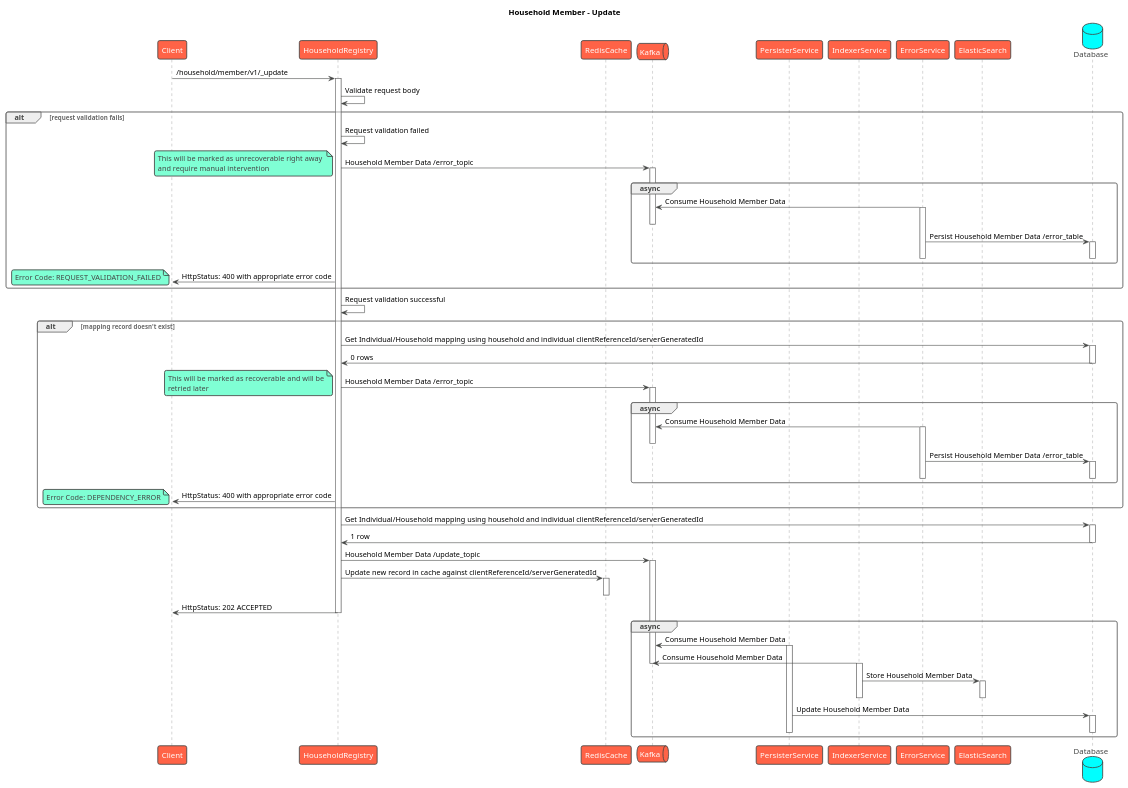
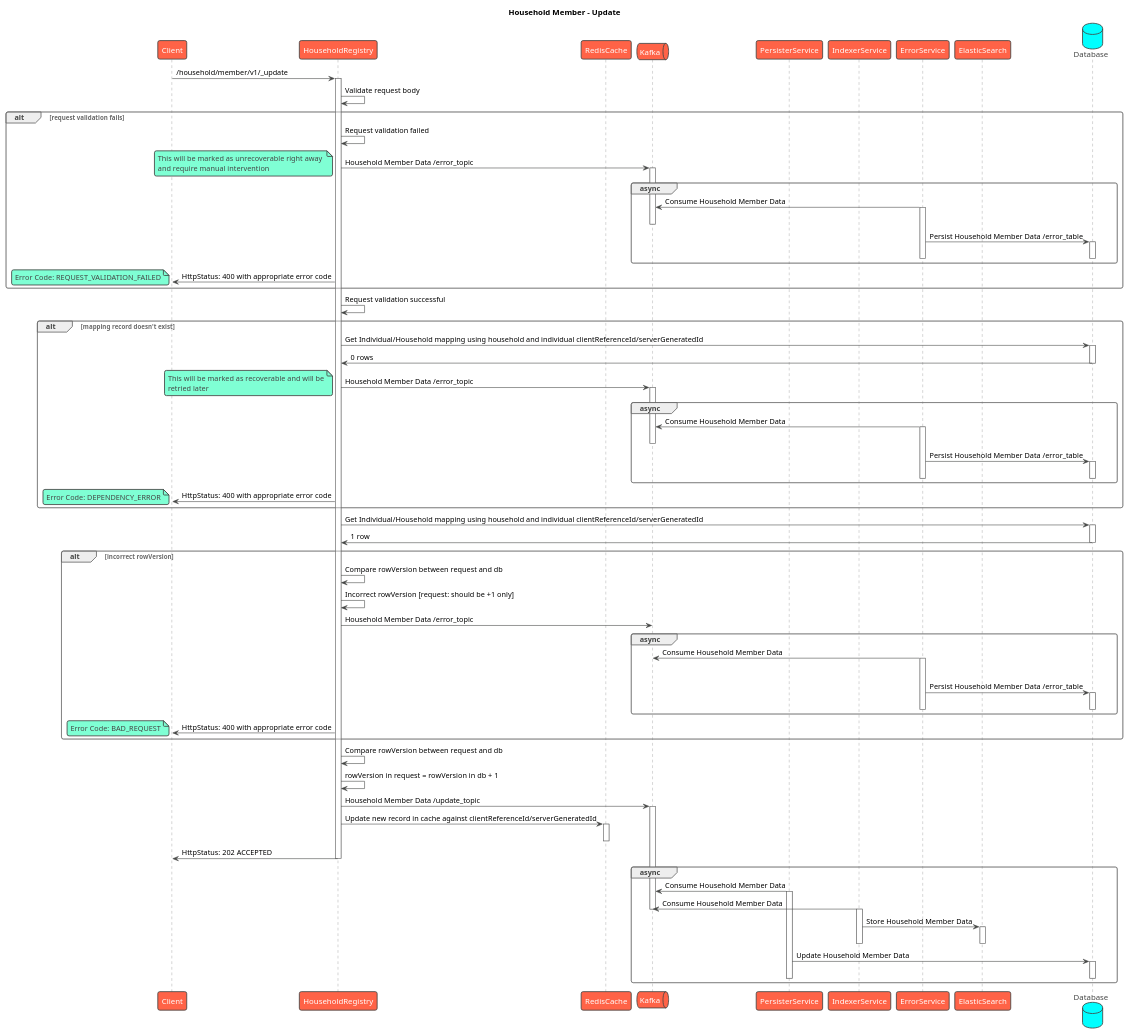
One commit to egovernments/health-api-specs changed the diagram in contracts/registries/household/member/sequence/update.puml. Above: the diagram before and after it, drawn with PlantUML. The commit also changed 9 other files, not shown here.

Commit message:
Sequence: Updated update flows with rowVersion logic

```diff
--- a/contracts/registries/household/member/sequence/update.puml
+++ b/contracts/registries/household/member/sequence/update.puml
@@ -1,90 +1,110 @@
 @startuml
 title Household Member - Update
 !theme vibrant
 participant Client as c
 participant HouseholdRegistry as s
 participant RedisCache as rc
 queue Kafka as k
 participant PersisterService as prs
 participant IndexerService as idx
 participant ErrorService as es
 participant ElasticSearch as el
 database Database as db
 c -> s : /household/member/v1/_update
 activate s
 s -> s: Validate request body
 alt request validation fails
     s -> s: Request validation failed
     s -> k: Household Member Data /error_topic
     note left
         This will be marked as unrecoverable right away 
         and require manual intervention
     end note
     activate k
     group async
         es -> k: Consume Household Member Data
         activate es
         deactivate k
         es -> db: Persist Household Member Data /error_table
         activate db
         deactivate db
         deactivate es
     end
     s -> c: HttpStatus: 400 with appropriate error code
     note left
         Error Code: REQUEST_VALIDATION_FAILED
     end note
 end
 s -> s: Request validation successful
 alt mapping record doesn't exist
   s -> db: Get Individual/Household mapping using household and individual clientReferenceId/serverGeneratedId
   activate db
   db -> s: 0 rows
   deactivate db
   s -> k: Household Member Data /error_topic
   note left
       This will be marked as recoverable and will be
       retried later
   end note
   activate k
   group async
       es -> k: Consume Household Member Data
       activate es
       deactivate k
       es -> db: Persist Household Member Data /error_table
       activate db
       deactivate db
       deactivate es
   end
   s -> c: HttpStatus: 400 with appropriate error code
   note left
       Error Code: DEPENDENCY_ERROR
   end note
 end
 s -> db: Get Individual/Household mapping using household and individual clientReferenceId/serverGeneratedId
 activate db
 db -> s: 1 row
 deactivate db
+alt incorrect rowVersion
+    s -> s: Compare rowVersion between request and db
+    s -> s: Incorrect rowVersion [request: should be +1 only]
+    s -> k: Household Member Data /error_topic
+    group async
+        es -> k: Consume Household Member Data
+        activate es
+        deactivate k
+        es -> db: Persist Household Member Data /error_table
+        activate db
+        deactivate db
+        deactivate es
+    end
+    s -> c: HttpStatus: 400 with appropriate error code
+    note left
+      Error Code: BAD_REQUEST
+    end note
+end
+s -> s: Compare rowVersion between request and db
+s -> s: rowVersion in request = rowVersion in db + 1
 s -> k: Household Member Data /update_topic
 activate k
 s -> rc: Update new record in cache against clientReferenceId/serverGeneratedId
 activate rc
 deactivate rc
 s -> c: HttpStatus: 202 ACCEPTED
 deactivate s
 group async
     prs -> k: Consume Household Member Data
     activate prs
     idx -> k: Consume Household Member Data
     deactivate k
     activate idx
     idx -> el: Store Household Member Data
     activate el
     deactivate el
     deactivate idx
     prs -> db: Update Household Member Data
     activate db
     deactivate db
     deactivate prs
 end
 @enduml
```
